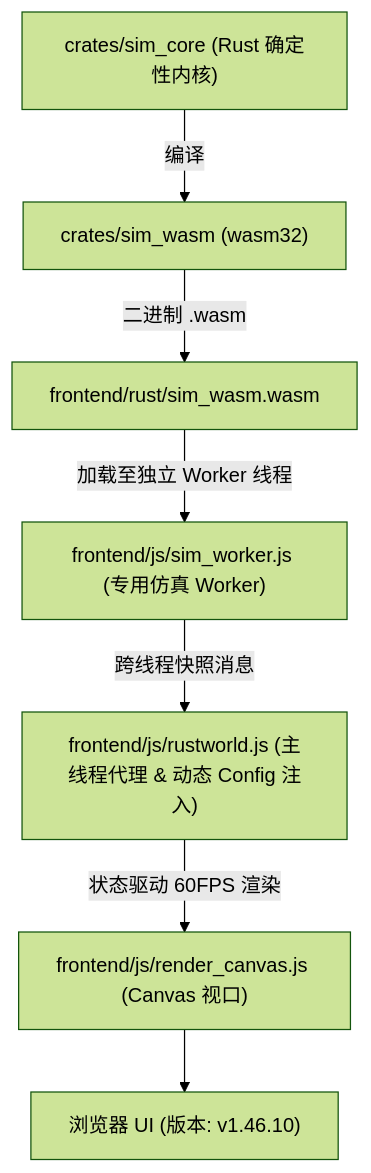
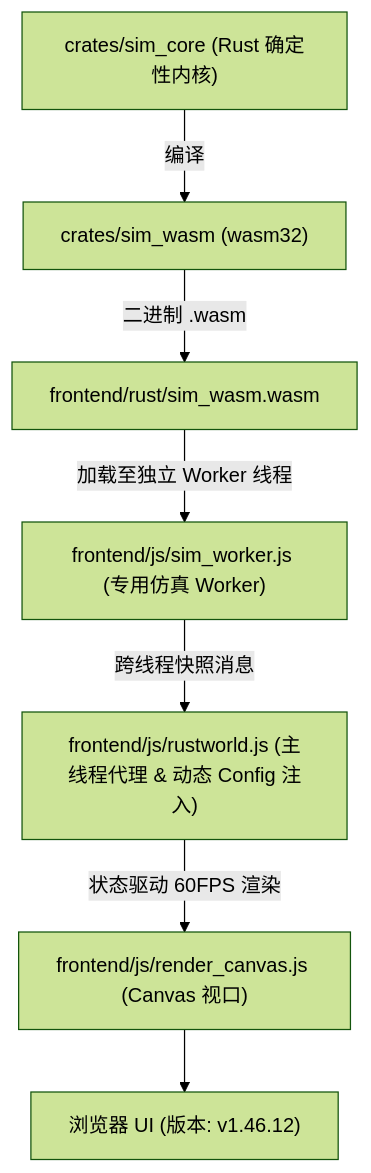
One commit to g39088902/FlowAndAccord changed the diagram in AGENTS.md. Above: the diagram before and after it, drawn with Mermaid (forest theme). The commit also changed other lines of this file and 92 other files, not shown here.

First line of the commit message:
feat(decisions): 马斯洛引擎收敛为 16 条活动分支并按意图/策略/原语解耦 (v1.46.12)

````diff
--- a/AGENTS.md
+++ b/AGENTS.md
@@ -60,9 +60,9 @@
 ```mermaid
 graph TD
     A["crates/sim_core (Rust 确定性内核)"] -->|编译| B["crates/sim_wasm (wasm32)"]
     B -->|二进制 .wasm| C["frontend/rust/sim_wasm.wasm"]
     C -->|加载至独立 Worker 线程| D["frontend/js/sim_worker.js (专用仿真 Worker)"]
     D -->|跨线程快照消息| E["frontend/js/rustworld.js (主线程代理 & 动态 Config 注入)"]
     E -->|状态驱动 60FPS 渲染| F["frontend/js/render_canvas.js (Canvas 视口)"]
-    F --> G["浏览器 UI (版本: v1.46.10)"]
+    F --> G["浏览器 UI (版本: v1.46.12)"]
 ```
````
